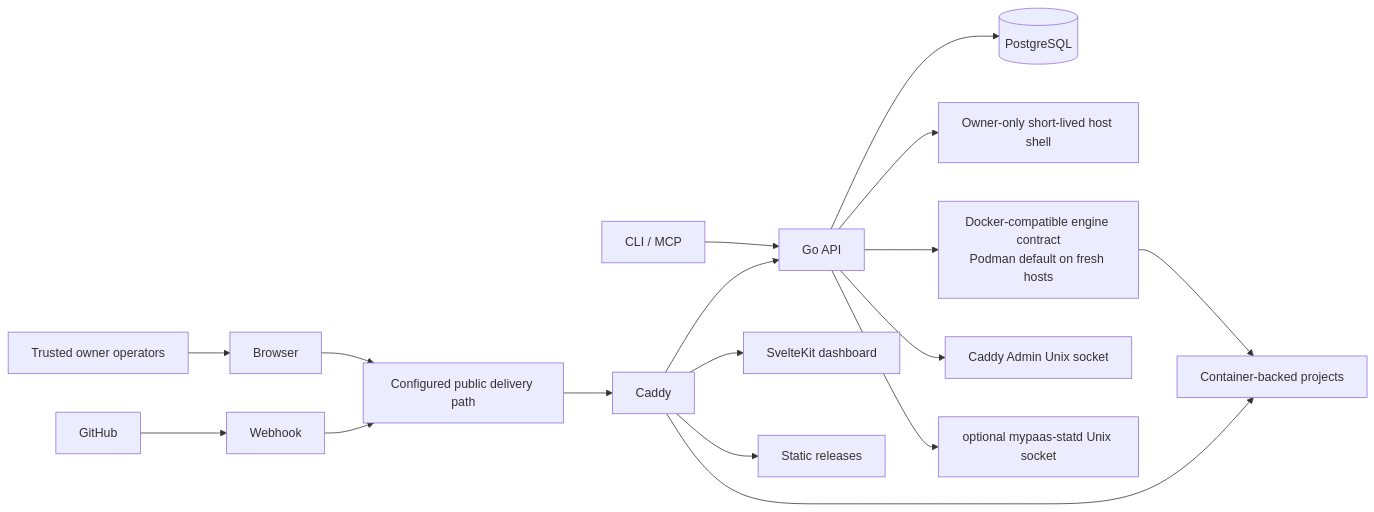
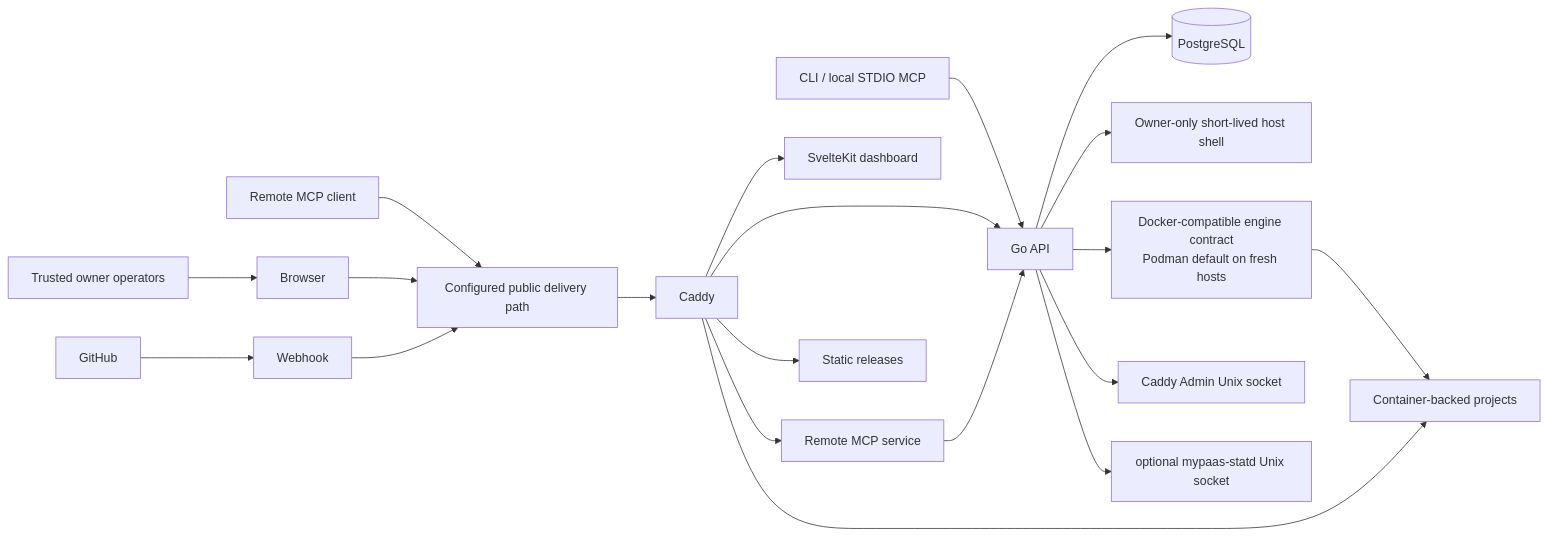
One commit to nabilrn/MyPaas changed the first of 6 diagrams in docs/architecture/overview.md. Above: the diagram before and after it, drawn with Mermaid. The commit also changed other lines of this file and 30 other files, not shown here.

Commit message:
feat: add remote MCP endpoint with scoped API tokens

````diff
--- a/docs/architecture/overview.md
+++ b/docs/architecture/overview.md
@@ -14,22 +14,25 @@
 ```mermaid
 flowchart LR
     Operator["Trusted owner operators"] --> Browser["Browser"]
     GitHub["GitHub"] --> Webhook["Webhook"]
-    Automation["CLI / MCP"] --> API["Go API"]
+    LocalAutomation["CLI / local STDIO MCP"] --> API["Go API"]
+    RemoteAgent["Remote MCP client"] --> Edge["Configured public delivery path"]
 
-    Browser --> Edge["Configured public delivery path"]
+    Browser --> Edge
     Webhook --> Edge
     Edge --> Caddy["Caddy"]
     Caddy --> Dashboard["SvelteKit dashboard"]
     Caddy --> API
+    Caddy --> RemoteMCP["Remote MCP service"]
+    RemoteMCP --> API
 
     API --> DB[("PostgreSQL")]
     API --> HostShell["Owner-only short-lived host shell"]
     API --> Engine["Docker-compatible engine contract\nPodman default on fresh hosts"]
     API --> CaddyAdmin["Caddy Admin Unix socket"]
     API --> Statd["optional mypaas-statd Unix socket"]
 
     Engine --> Apps["Container-backed projects"]
     Caddy --> Apps
     Caddy --> Static["Static releases"]
 ```
````
